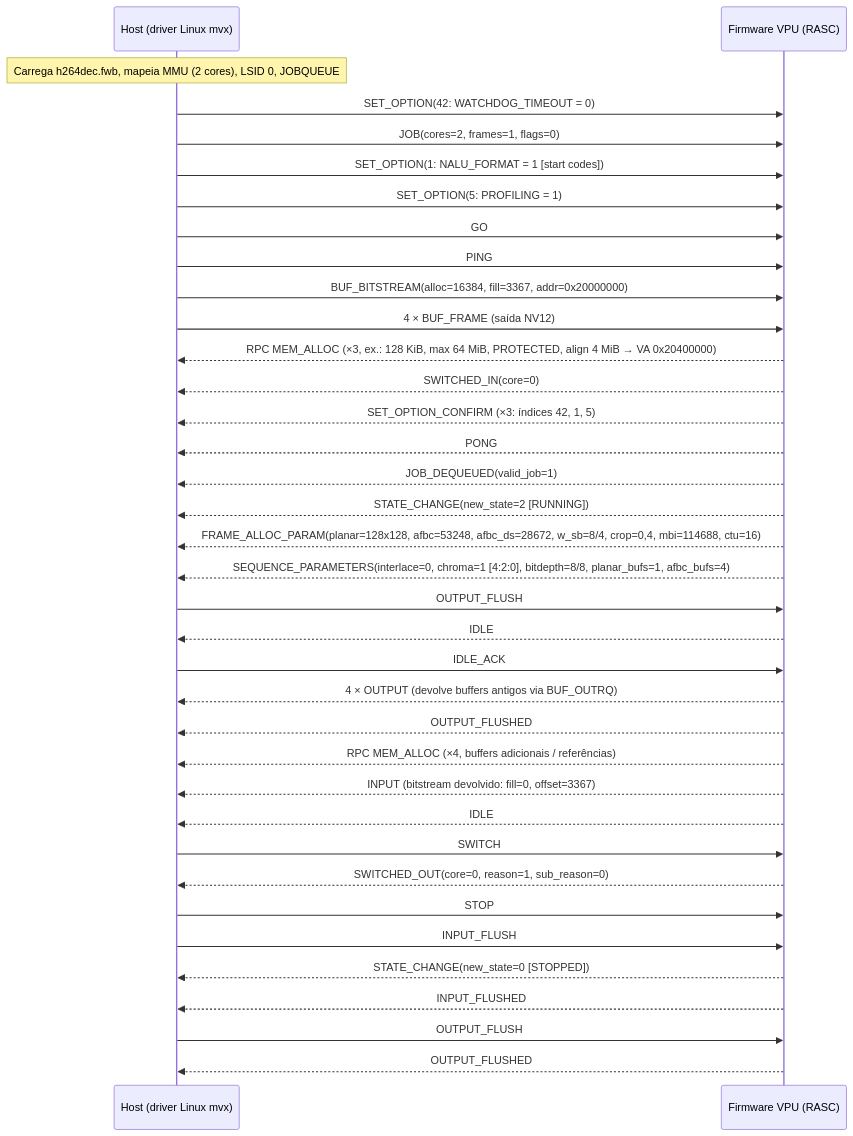
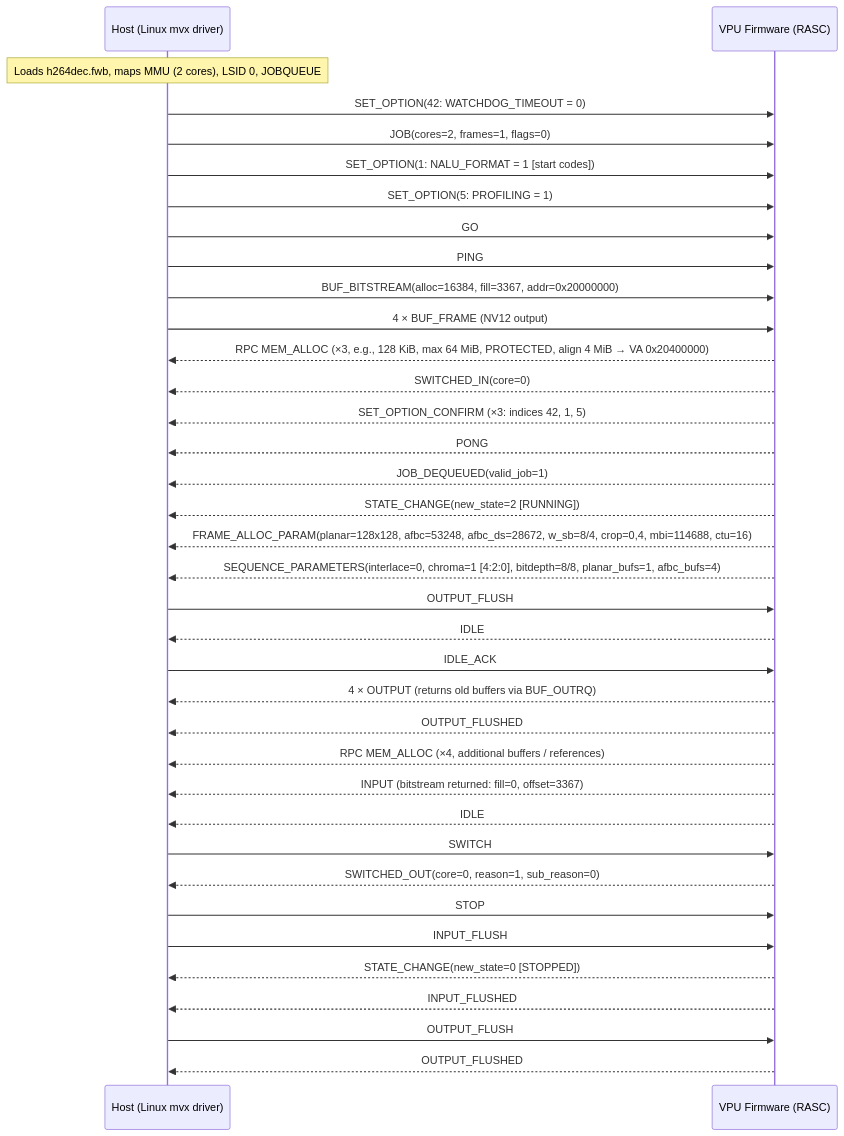
The diagram in observed-sequences-and-gaps.md (NoBlobs-docsClean/Linlon_V5), drawn with Mermaid before and after one commit. The commit also changed other lines of this file and 23 other files, not shown here.

````diff
--- a/observed-sequences-and-gaps.md
+++ b/observed-sequences-and-gaps.md
@@ -13,43 +13,43 @@
 ```mermaid
 sequenceDiagram
-    participant H as Host (driver Linux mvx)
-    participant F as Firmware VPU (RASC)
+    participant H as Host (Linux mvx driver)
+    participant F as VPU Firmware (RASC)
 
-    Note over H: Carrega h264dec.fwb, mapeia MMU (2 cores), LSID 0, JOBQUEUE
+    Note over H: Loads h264dec.fwb, maps MMU (2 cores), LSID 0, JOBQUEUE
     H->>F: SET_OPTION(42: WATCHDOG_TIMEOUT = 0)
     H->>F: JOB(cores=2, frames=1, flags=0)
     H->>F: SET_OPTION(1: NALU_FORMAT = 1 [start codes])
     H->>F: SET_OPTION(5: PROFILING = 1)
     H->>F: GO
     H->>F: PING
     H->>F: BUF_BITSTREAM(alloc=16384, fill=3367, addr=0x20000000)
-    H->>F: 4 × BUF_FRAME (saída NV12)
+    H->>F: 4 × BUF_FRAME (NV12 output)
 
-    F-->>H: RPC MEM_ALLOC (×3, ex.: 128 KiB, max 64 MiB, PROTECTED, align 4 MiB → VA 0x20400000)
+    F-->>H: RPC MEM_ALLOC (×3, e.g., 128 KiB, max 64 MiB, PROTECTED, align 4 MiB → VA 0x20400000)
     F-->>H: SWITCHED_IN(core=0)
-    F-->>H: SET_OPTION_CONFIRM (×3: índices 42, 1, 5)
+    F-->>H: SET_OPTION_CONFIRM (×3: indices 42, 1, 5)
     F-->>H: PONG
     F-->>H: JOB_DEQUEUED(valid_job=1)
     F-->>H: STATE_CHANGE(new_state=2 [RUNNING])
     F-->>H: FRAME_ALLOC_PARAM(planar=128x128, afbc=53248, afbc_ds=28672, w_sb=8/4, crop=0,4, mbi=114688, ctu=16)
     F-->>H: SEQUENCE_PARAMETERS(interlace=0, chroma=1 [4:2:0], bitdepth=8/8, planar_bufs=1, afbc_bufs=4)
 
     H->>F: OUTPUT_FLUSH
     F-->>H: IDLE
     H->>F: IDLE_ACK
-    F-->>H: 4 × OUTPUT (devolve buffers antigos via BUF_OUTRQ)
+    F-->>H: 4 × OUTPUT (returns old buffers via BUF_OUTRQ)
     F-->>H: OUTPUT_FLUSHED
 
-    F-->>H: RPC MEM_ALLOC (×4, buffers adicionais / referências)
-    F-->>H: INPUT (bitstream devolvido: fill=0, offset=3367)
+    F-->>H: RPC MEM_ALLOC (×4, additional buffers / references)
+    F-->>H: INPUT (bitstream returned: fill=0, offset=3367)
     F-->>H: IDLE
     H->>F: SWITCH
     F-->>H: SWITCHED_OUT(core=0, reason=1, sub_reason=0)
 
     H->>F: STOP
     H->>F: INPUT_FLUSH
     F-->>H: STATE_CHANGE(new_state=0 [STOPPED])
     F-->>H: INPUT_FLUSHED
     H->>F: OUTPUT_FLUSH
     F-->>H: OUTPUT_FLUSHED
 ```
````
